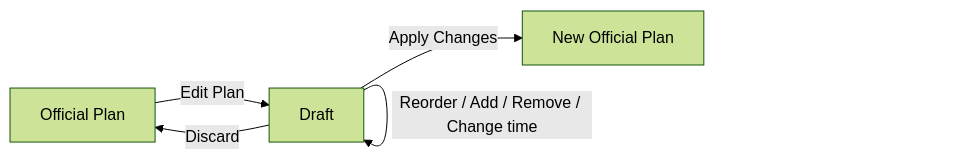
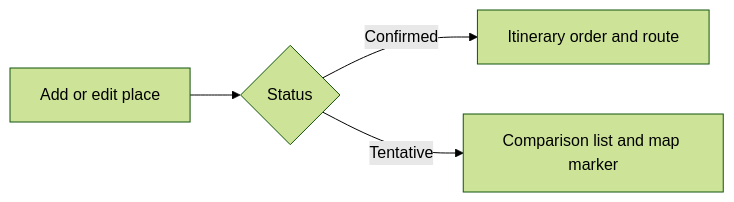
One commit to carterwu1120/tripflow changed the diagram in README.md. Above: the diagram before and after it, drawn with Mermaid (forest theme). The commit also changed other lines of this file and 9 other files, not shown here.

Commit message:
Replace draft workflow with place statuses

````diff
--- a/README.md
+++ b/README.md
@@ -34,7 +32,6 @@
 ```mermaid
 flowchart LR
-    A[Official Plan] -->|Edit Plan| B[Draft]
-    B -->|Reorder / Add / Remove / Change time| B
-    B -->|Discard| A
-    B -->|Apply Changes| C[New Official Plan]
+    A[Add or edit place] --> B{Status}
+    B -->|Confirmed| C[Itinerary order and route]
+    B -->|Tentative| D[Comparison list and map marker]
 ```
````
